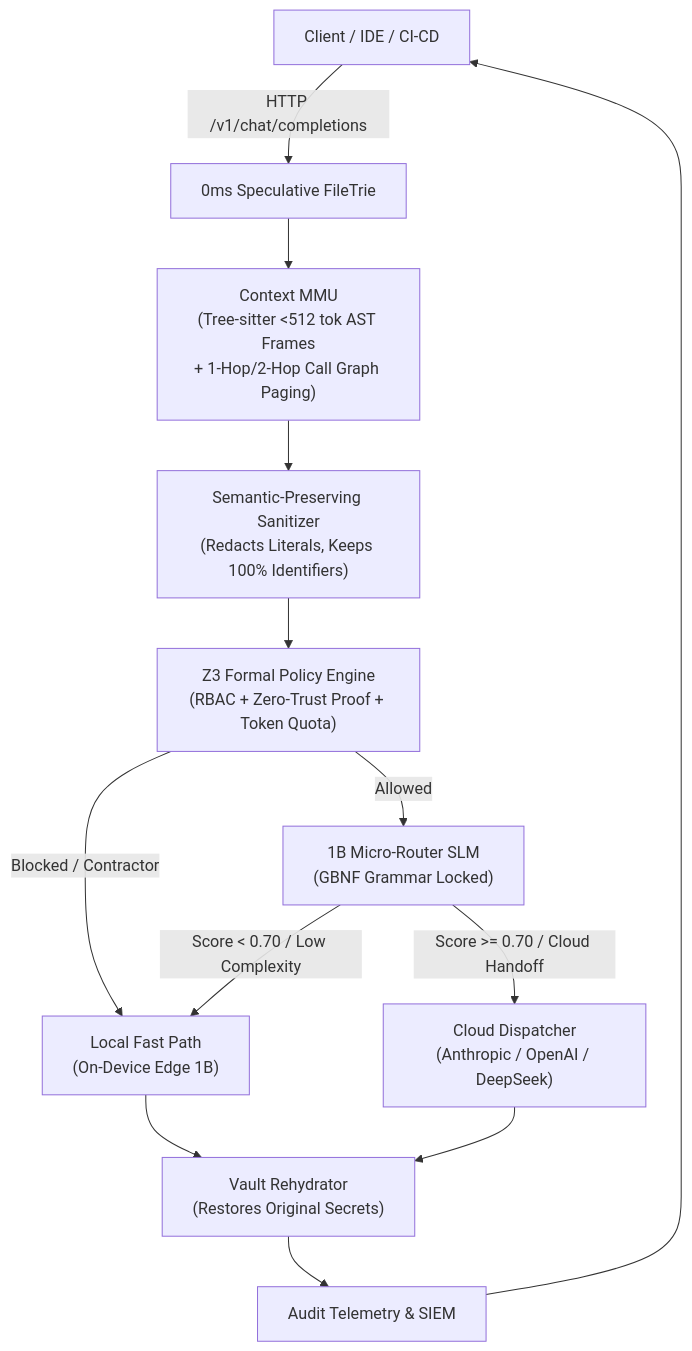
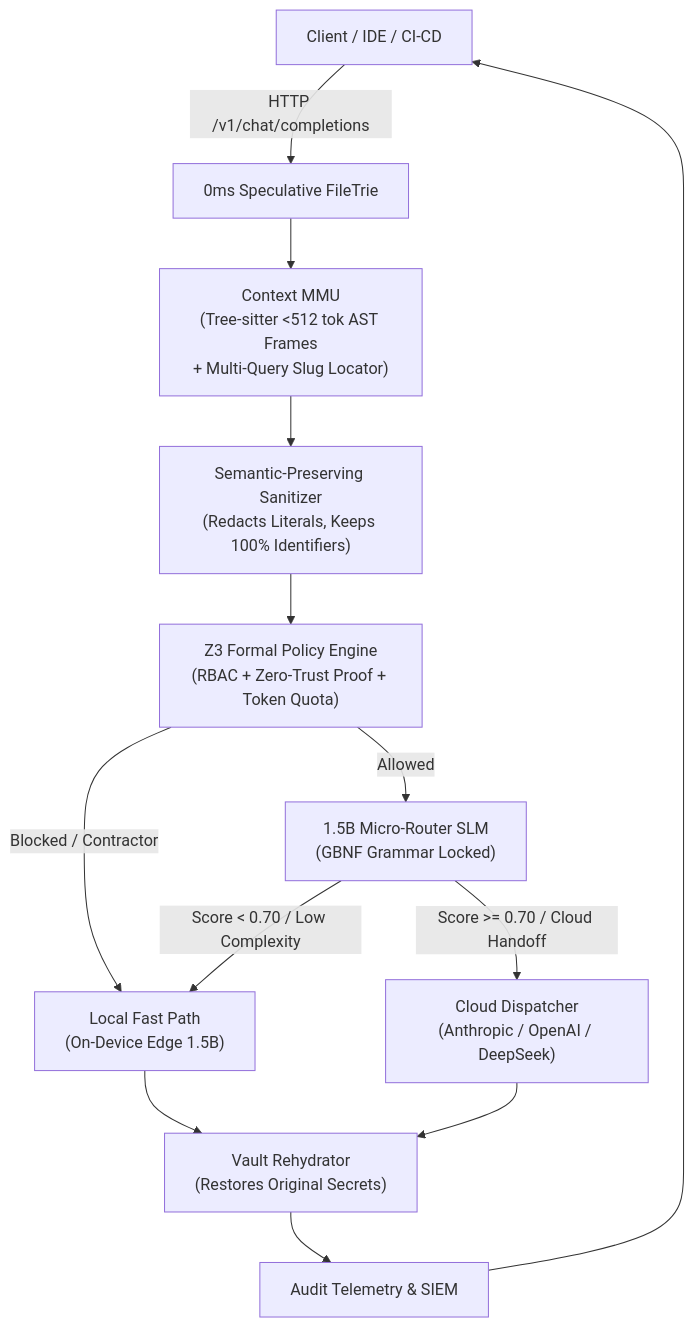
One commit to PHONGUIT22/Phonix changed the diagram in README.md. Above: the diagram before and after it, drawn with Mermaid. The commit also changed other lines of this file and 1 other file, not shown here.

````diff
--- a/README.md
+++ b/README.md
@@ -24,18 +65,18 @@
 ```mermaid
 flowchart TD
     Client["Client / IDE / CI-CD"] -->|HTTP /v1/chat/completions| StreamInspector["0ms Speculative FileTrie"]
-    StreamInspector --> MMU["Context MMU\n(Tree-sitter <512 tok AST Frames\n+ 1-Hop/2-Hop Call Graph Paging)"]
+    StreamInspector --> MMU["Context MMU\n(Tree-sitter <512 tok AST Frames\n+ Multi-Query Slug Locator)"]
     MMU --> Sanitizer["Semantic-Preserving Sanitizer\n(Redacts Literals, Keeps 100% Identifiers)"]
     Sanitizer --> Z3Policy["Z3 Formal Policy Engine\n(RBAC + Zero-Trust Proof + Token Quota)"]
     
-    Z3Policy -->|Allowed| MicroRouter["1B Micro-Router SLM\n(GBNF Grammar Locked)"]
-    Z3Policy -->|Blocked / Contractor| LocalPath["Local Fast Path\n(On-Device Edge 1B)"]
+    Z3Policy -->|Allowed| MicroRouter["1.5B Micro-Router SLM\n(GBNF Grammar Locked)"]
+    Z3Policy -->|Blocked / Contractor| LocalPath["Local Fast Path\n(On-Device Edge 1.5B)"]
     
     MicroRouter -->|Score < 0.70 / Low Complexity| LocalPath
     MicroRouter -->|Score >= 0.70 / Cloud Handoff| CloudDispatcher["Cloud Dispatcher\n(Anthropic / OpenAI / DeepSeek)"]
     
     LocalPath --> Rehydrator["Vault Rehydrator\n(Restores Original Secrets)"]
     CloudDispatcher --> Rehydrator
     Rehydrator --> Audit["Audit Telemetry & SIEM"]
     Audit --> Client
 ```
````
